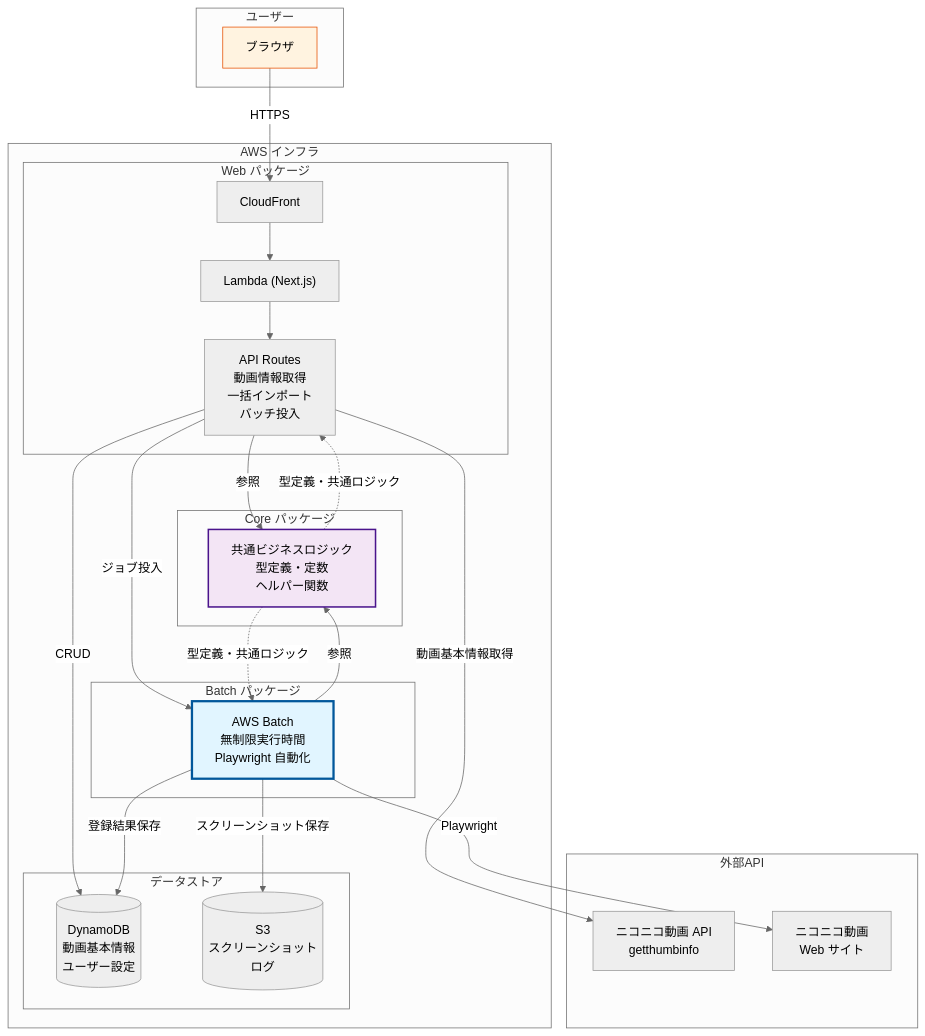
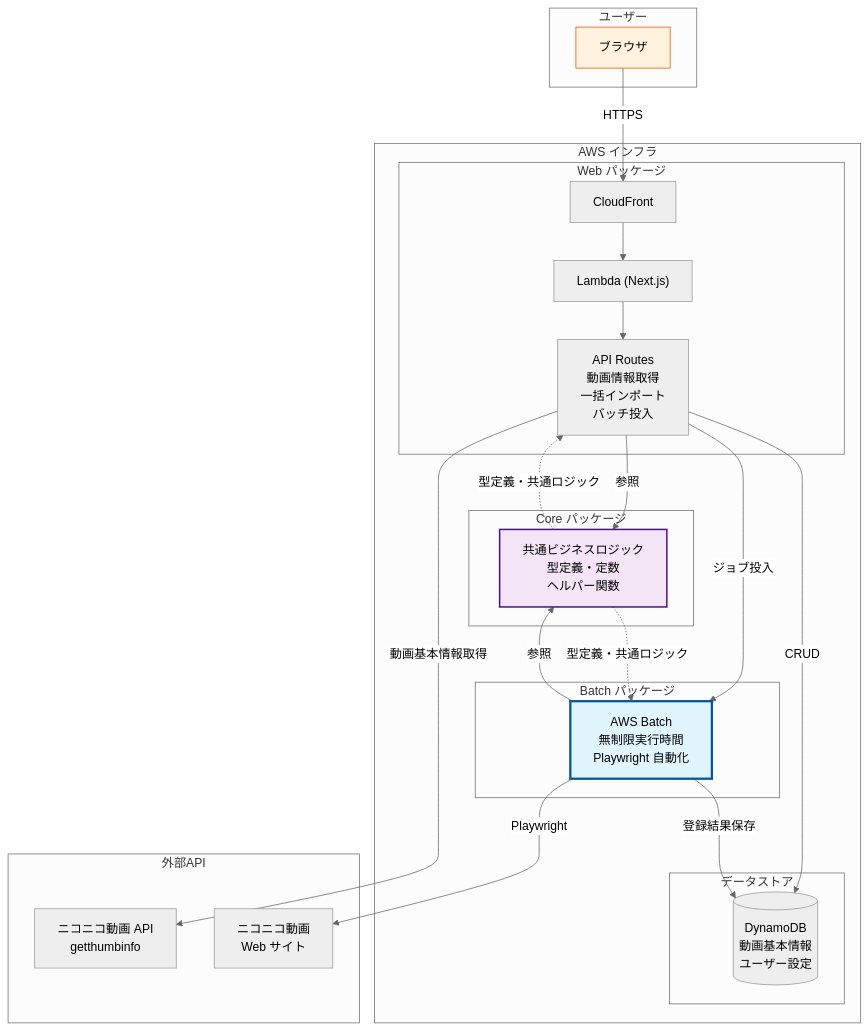
Before and after one commit to nagiyu/nagiyu-platform: the first of 5 diagrams in tasks/niconico-mylist-assistant/architecture.md, drawn with Mermaid (neutral theme). The commit also changed other lines of this file and 1 other file, not shown here.

Commit message:
docs: Update architecture and research documentation to reflect changes in AWS services and remove S3 references

````diff
--- a/tasks/niconico-mylist-assistant/architecture.md
+++ b/tasks/niconico-mylist-assistant/architecture.md
@@ -13,53 +13,51 @@
 ```mermaid
 graph TB
     subgraph "ユーザー"
         User[ブラウザ]
     end
 
     subgraph "AWS インフラ"
         subgraph "Web パッケージ"
             CF[CloudFront]
             Lambda["Lambda (Next.js)"]
             API[API Routes<br/>動画情報取得<br/>一括インポート<br/>バッチ投入]
         end
 
         subgraph "Batch パッケージ"
             Batch[AWS Batch<br/>無制限実行時間<br/>Playwright 自動化]
         end
 
         subgraph "Core パッケージ"
             Core[共通ビジネスロジック<br/>型定義・定数<br/>ヘルパー関数]
         end
 
         subgraph "データストア"
             DDB[(DynamoDB<br/>動画基本情報<br/>ユーザー設定)]
-            S3[(S3<br/>スクリーンショット<br/>ログ)]
         end
     end
 
     subgraph "外部API"
         NicoAPI[ニコニコ動画 API<br/>getthumbinfo]
         NicoWeb[ニコニコ動画<br/>Web サイト]
     end
 
     User -->|HTTPS| CF
     CF --> Lambda
     Lambda --> API
 
     API -->|参照| Core
     API -->|動画基本情報取得| NicoAPI
     API -->|CRUD| DDB
     API -->|ジョブ投入| Batch
 
     Batch -->|参照| Core
     Batch -->|Playwright| NicoWeb
     Batch -->|登録結果保存| DDB
-    Batch -->|スクリーンショット保存| S3
 
     Core -.->|型定義・共通ロジック| API
     Core -.->|型定義・共通ロジック| Batch
 
     style Batch fill:#e1f5ff,stroke:#01579b,stroke-width:3px
     style Core fill:#f3e5f5,stroke:#4a148c,stroke-width:2px
     style User fill:#fff3e0,stroke:#e65100
 ```
````
